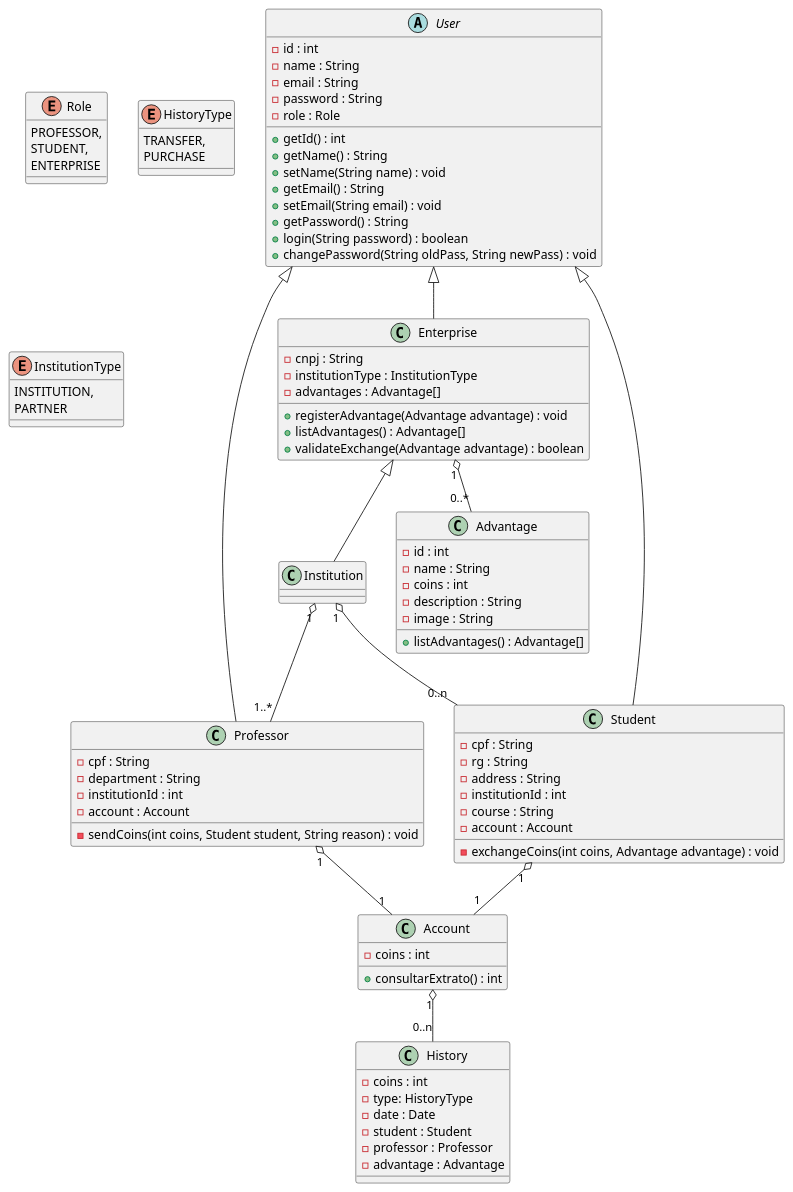
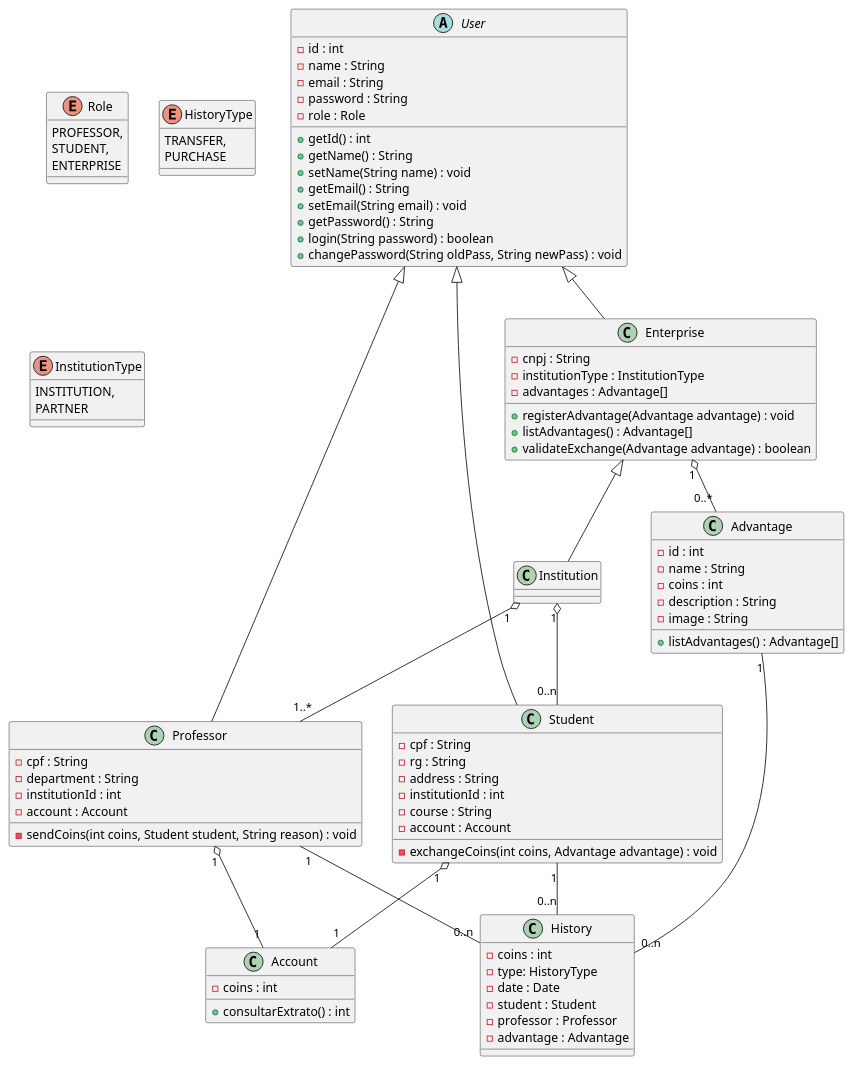
Before and after one commit to migueltico2/laboratorio-de-desenvolvimento-de-software: the diagram in projeto 4/project/classDiagram.plantuml, drawn with PlantUML. The commit also changed 1 other file, not shown here.

Commit message:
fix: fix diagram

```diff
--- a/projeto 4/project/classDiagram.plantuml
+++ b/projeto 4/project/classDiagram.plantuml
@@ -1,101 +1,103 @@
 @startuml
 
 abstract class User {
     -id : int
     -name : String
     -email : String
     -password : String
     -role : Role
     +getId() : int
     +getName() : String
     +setName(String name) : void
     +getEmail() : String
     +setEmail(String email) : void
     +getPassword() : String
     +login(String password) : boolean
     +changePassword(String oldPass, String newPass) : void
 }
 
 enum Role {
     PROFESSOR,
     STUDENT,
     ENTERPRISE
 }
 
 class Professor {
     -cpf : String
     -department : String
     -institutionId : int
     -account : Account
     -sendCoins(int coins, Student student, String reason) : void
 }
 
 class Student {
     -cpf : String
     -rg : String
     -address : String
     -institutionId : int
     -course : String
     -account : Account
     -exchangeCoins(int coins, Advantage advantage) : void
 }
 
 class Account {
     -coins : int
     +consultarExtrato() : int
 }
 
 class History {
     -coins : int
     -type: HistoryType
     -date : Date
     -student : Student
     -professor : Professor
     -advantage : Advantage
 }
 
 enum HistoryType {
     TRANSFER,
     PURCHASE
 }
 
 class Advantage {
     -id : int
     -name : String
     -coins : int
     -description : String
     -image : String
     +listAdvantages() : Advantage[]
 }
 
 class Enterprise {
     -cnpj : String
     -institutionType : InstitutionType
     -advantages : Advantage[]
     +registerAdvantage(Advantage advantage) : void
     +listAdvantages() : Advantage[]
     +validateExchange(Advantage advantage) : boolean
 }
 
 enum InstitutionType {
     INSTITUTION,
     PARTNER
 }
 
 class Institution {
 }
 
 User <|-- Professor
 User <|-- Student
 User <|-- Enterprise
 
 Enterprise <|-- Institution
 
 Professor "1" o-- "1" Account
 Student "1" o-- "1" Account
 Enterprise "1" o-- "0..*" Advantage
 Institution "1" o-- "1..*" Professor
 Institution "1" o--  "0..n" Student
-Account "1" o--  "0..n" History
+Professor "1" --  "0..n" History
+Student "1" --  "0..n" History
+Advantage "1" --  "0..n" History
 
 @enduml
```
